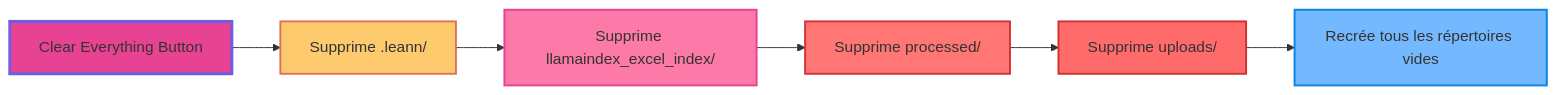
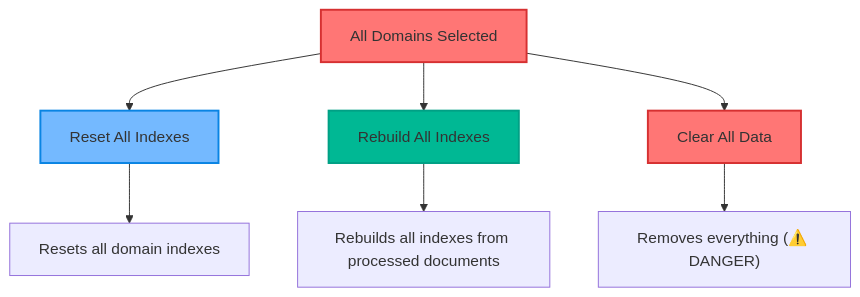
The sixth of 6 diagrams in docs/cleaning_buttons_analysis.md (Mil100057/Myr-Ag-system), drawn with Mermaid before and after one commit. The commit also changed other lines of this file and 24 other files, not shown here.

````diff
--- a/docs/cleaning_buttons_analysis.md
+++ b/docs/cleaning_buttons_analysis.md
@@ -166,15 +160,15 @@
 ```mermaid
-graph LR
-    A["Clear Everything Button"] --> B["Supprime .leann/"]
-    B --> C["Supprime llamaindex_excel_index/"]
-    C --> D["Supprime processed/"]
-    D --> E["Supprime uploads/"]
-    E --> F["Recrée tous les répertoires vides"]
-    
-    style A fill:#e84393,stroke:#6c5ce7,stroke-width:3px
-    style B fill:#fdcb6e,stroke:#e17055,stroke-width:2px
-    style C fill:#fd79a8,stroke:#e84393,stroke-width:2px
+graph TB
+    A["All Domains Selected"] --> B["Reset All Indexes"]
+    A --> C["Rebuild All Indexes"]
+    A --> D["Clear All Data"]
+  
+    B --> E["Resets all domain indexes"]
+    C --> F["Rebuilds all indexes from processed documents"]
+    D --> G["Removes everything (⚠️ DANGER)"]
+  
+    style A fill:#ff7675,stroke:#d63031,stroke-width:2px
+    style B fill:#74b9ff,stroke:#0984e3,stroke-width:2px
+    style C fill:#00b894,stroke:#00a085,stroke-width:2px
     style D fill:#ff7675,stroke:#d63031,stroke-width:2px
-    style E fill:#ff6b6b,stroke:#d63031,stroke-width:2px
-    style F fill:#74b9ff,stroke:#0984e3,stroke-width:2px
 ```
````
